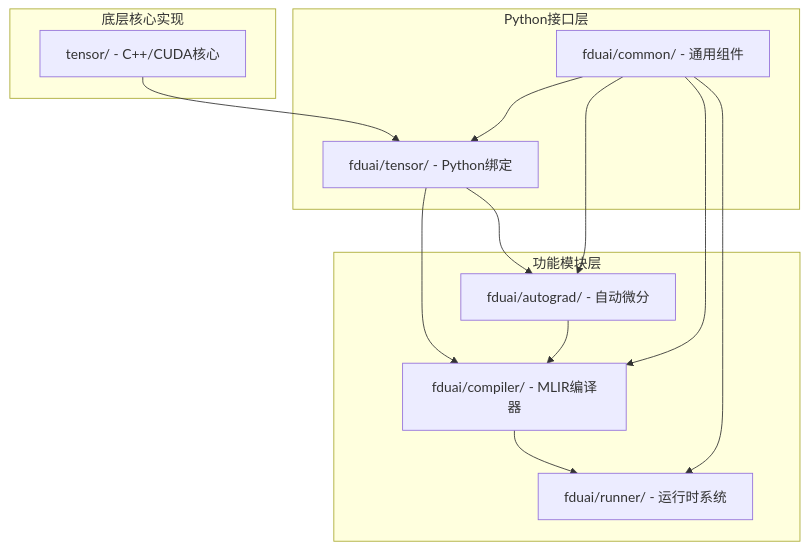
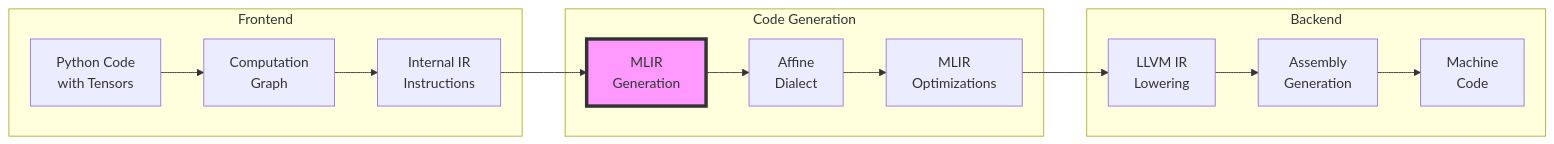
The fourth of 4 diagrams in 报告.md (Fudanyrd/fduai), drawn with Mermaid before and after one commit. The commit also changed other lines of this file, not shown here.

Commit message:
[DOC] update tensor module documentation with architecture overview, broadcasting mechanism, and detailed design principles for CPU and CUDA backends.

````diff
--- a/报告.md
+++ b/报告.md
@@ -206,27 +903,21 @@
 ```mermaid
-graph TD
-    A[tensor/ - C++/CUDA核心] --> B[fduai/tensor/ - Python绑定]
-    B --> C[fduai/autograd/ - 自动微分]
-    B --> D[fduai/compiler/ - MLIR编译器]
-    C --> D
-    D --> E[fduai/runner/ - 运行时系统]
-    F[fduai/common/ - 通用组件] --> B
-    F --> C
-    F --> D
-    F --> E
-    
-    subgraph "底层核心实现"
-        A
+graph LR
+    subgraph "Frontend"
+        PY[Python Code<br/>with Tensors] --> CG[Computation<br/>Graph]
+        CG --> IR[Internal IR<br/>Instructions]
     end
     
-    subgraph "Python接口层"
-        B
-        F
+    subgraph "Code Generation"
+        IR --> MLIR[MLIR<br/>Generation]
+        MLIR --> AD[Affine<br/>Dialect]
+        AD --> OPT[MLIR<br/>Optimizations]
     end
     
-    subgraph "功能模块层"
-        C
-        D
-        E
+    subgraph "Backend"
+        OPT --> LLVM[LLVM IR<br/>Lowering]
+        LLVM --> ASM[Assembly<br/>Generation]
+        ASM --> BIN[Machine<br/>Code]
     end
+    
+    style MLIR fill:#f9f,stroke:#333,stroke-width:4px
 ```
````
